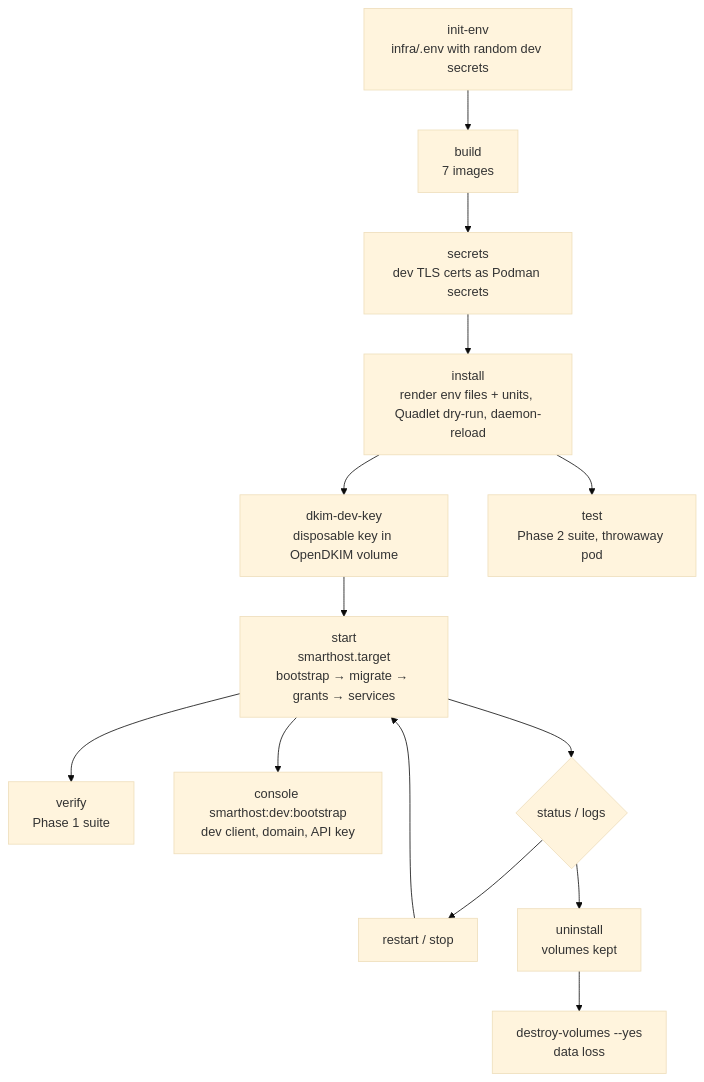
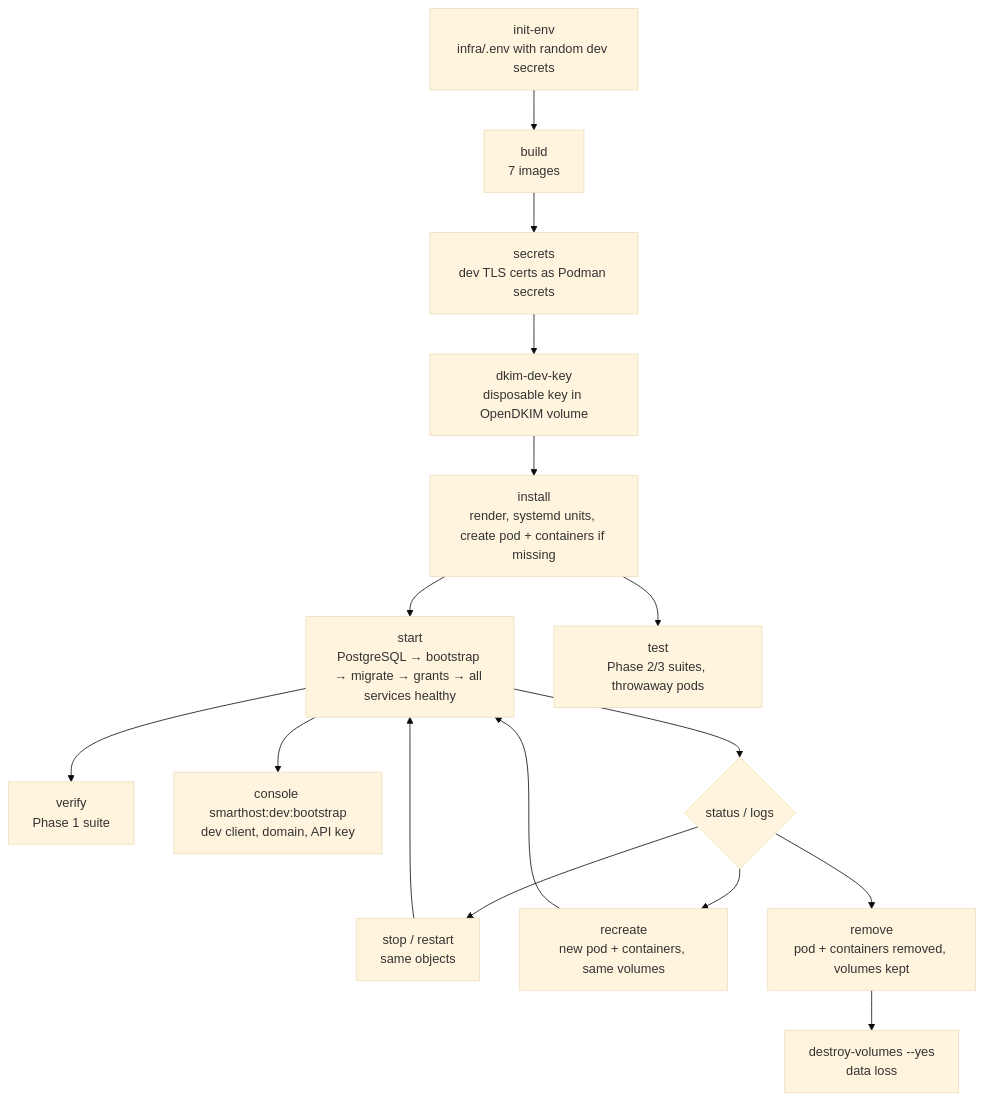
Before and after one commit to rrcatto/catto-mail: the diagram in docs/development-environment.md, drawn with Mermaid (base theme). The commit also changed other lines of this file and 115 other files, not shown here.

````diff
--- a/docs/development-environment.md
+++ b/docs/development-environment.md
@@ -40,16 +71,18 @@
 ```mermaid
 flowchart TD
     A[init-env<br/>infra/.env with random dev secrets] --> B[build<br/>7 images]
     B --> C[secrets<br/>dev TLS certs as Podman secrets]
-    C --> D[install<br/>render env files + units, Quadlet dry-run, daemon-reload]
-    D --> E[dkim-dev-key<br/>disposable key in OpenDKIM volume]
-    E --> F[start<br/>smarthost.target<br/>bootstrap → migrate → grants → services]
+    C --> E[dkim-dev-key<br/>disposable key in OpenDKIM volume]
+    E --> D[install<br/>render, systemd units, create pod + containers if missing]
+    D --> F[start<br/>PostgreSQL → bootstrap → migrate → grants → all services healthy]
     F --> V[verify<br/>Phase 1 suite]
     F --> K[console smarthost:dev:bootstrap<br/>dev client, domain, API key]
-    D --> T[test<br/>Phase 2 suite, throwaway pod]
+    D --> T[test<br/>Phase 2/3 suites, throwaway pods]
     F --> G{status / logs}
-    G --> H[restart / stop]
+    G --> H[stop / restart<br/>same objects]
     H --> F
-    G --> I[uninstall<br/>volumes kept]
+    G --> R[recreate<br/>new pod + containers, same volumes]
+    R --> F
+    G --> I[remove<br/>pod + containers removed, volumes kept]
     I --> J[destroy-volumes --yes<br/>data loss]
 ```
````
